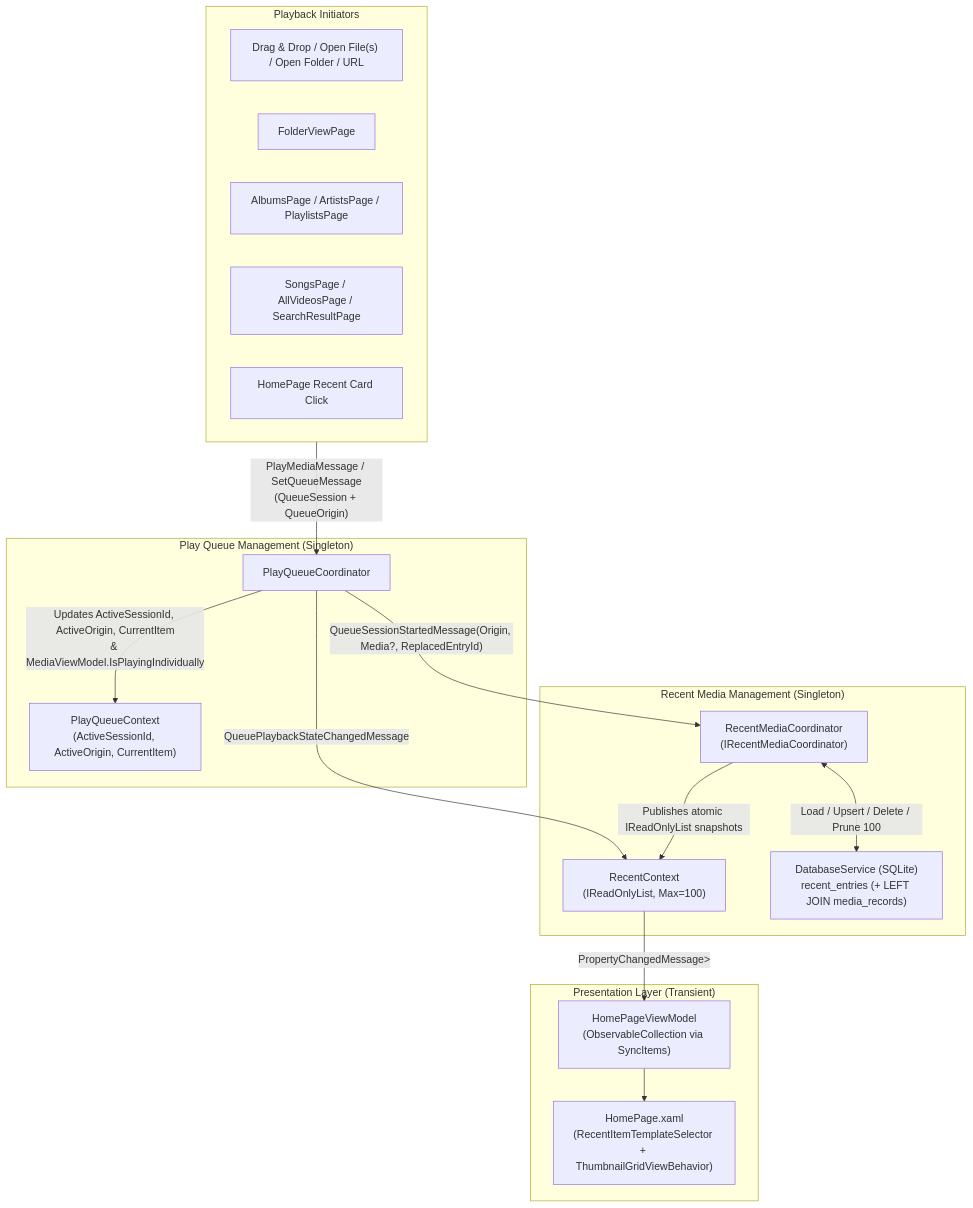
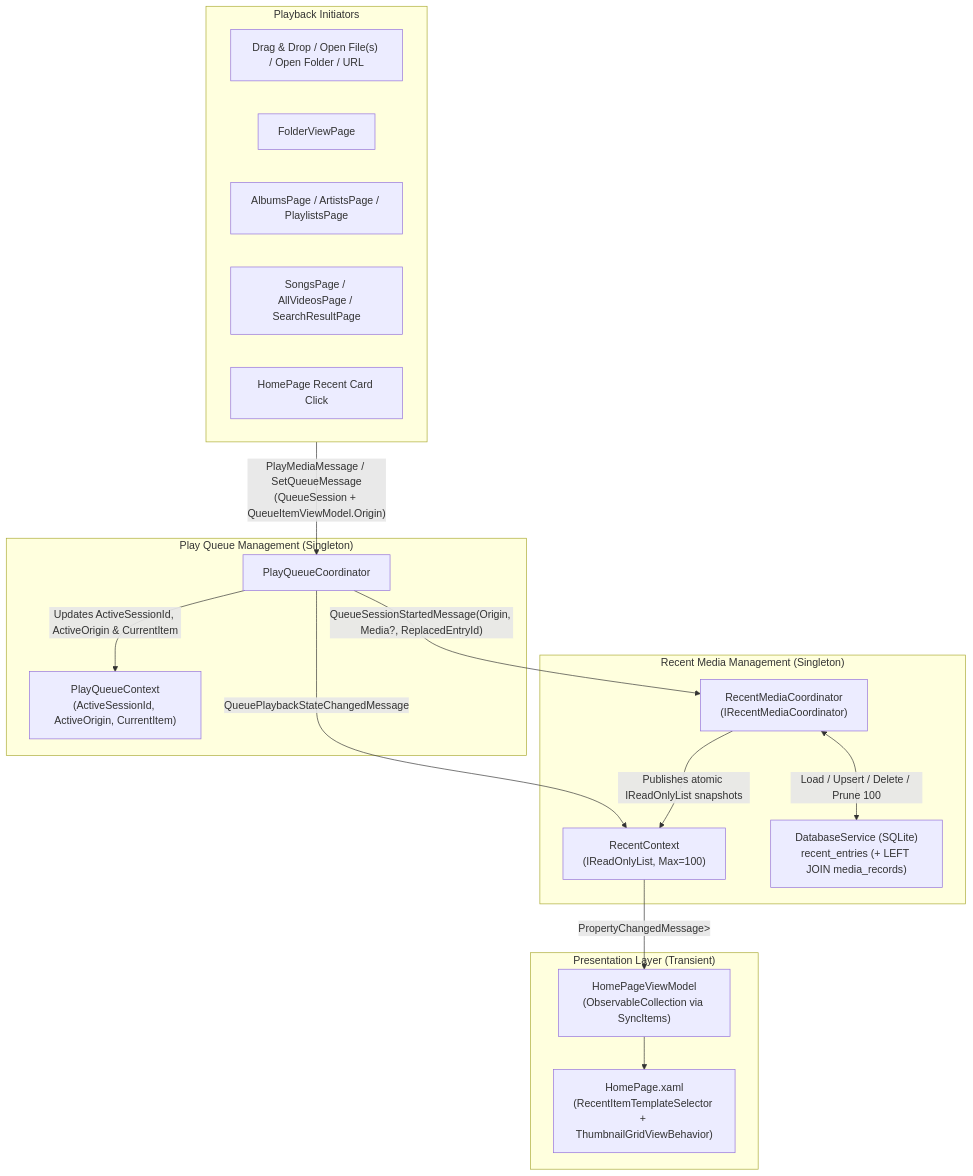
The diagram in docs/RECENT_MEDIA_TRACKING.md (huynhsontung/Screenbox), drawn with Mermaid before and after one commit. The commit also changed other lines of this file and 14 other files, not shown here.

Commit message:
refactor(recent): wrap single-media recent cards in RecentMediaItemViewModel

````diff
--- a/docs/RECENT_MEDIA_TRACKING.md
+++ b/docs/RECENT_MEDIA_TRACKING.md
@@ -40,35 +40,35 @@
 ```mermaid
 flowchart TD
     subgraph PlaybackInitiators["Playback Initiators"]
         Drop["Drag & Drop / Open File(s) / Open Folder / URL"]
         FolderView["FolderViewPage"]
         Library["AlbumsPage / ArtistsPage / PlaylistsPage"]
         LibWide["SongsPage / AllVideosPage / SearchResultPage"]
         HomeCard["HomePage Recent Card Click"]
     end
 
     subgraph CoreQueue["Play Queue Management (Singleton)"]
         PQC["PlayQueueCoordinator"]
         PQContext["PlayQueueContext\n(ActiveSessionId, ActiveOrigin, CurrentItem)"]
     end
 
     subgraph RecentManagement["Recent Media Management (Singleton)"]
         RMC["RecentMediaCoordinator\n(IRecentMediaCoordinator)"]
         RContext["RecentContext\n(IReadOnlyList<IRecentItem>, Max=100)"]
         DB["DatabaseService (SQLite)\nrecent_entries (+ LEFT JOIN media_records)"]
     end
 
     subgraph UI["Presentation Layer (Transient)"]
         HPVM["HomePageViewModel\n(ObservableCollection<IRecentItem> via SyncItems)"]
         HP["HomePage.xaml\n(RecentItemTemplateSelector + ThumbnailGridViewBehavior)"]
     end
 
-    PlaybackInitiators -->|"PlayMediaMessage / SetQueueMessage\n(QueueSession + QueueOrigin)"| PQC
-    PQC -->|"Updates ActiveSessionId, ActiveOrigin, CurrentItem\n& MediaViewModel.IsPlayingIndividually"| PQContext
+    PlaybackInitiators -->|"PlayMediaMessage / SetQueueMessage\n(QueueSession + QueueItemViewModel.Origin)"| PQC
+    PQC -->|"Updates ActiveSessionId, ActiveOrigin & CurrentItem"| PQContext
     PQC -->|"QueuePlaybackStateChangedMessage"| RContext
     PQC -->|"QueueSessionStartedMessage(Origin, Media?, ReplacedEntryId)"| RMC
     RMC <-->|"Load / Upsert / Delete / Prune 100"| DB
     RMC -->|"Publishes atomic IReadOnlyList<IRecentItem> snapshots"| RContext
     RContext -->|"PropertyChangedMessage<IReadOnlyList<IRecentItem>>"| HPVM
     HPVM --> HP
 ```
````
